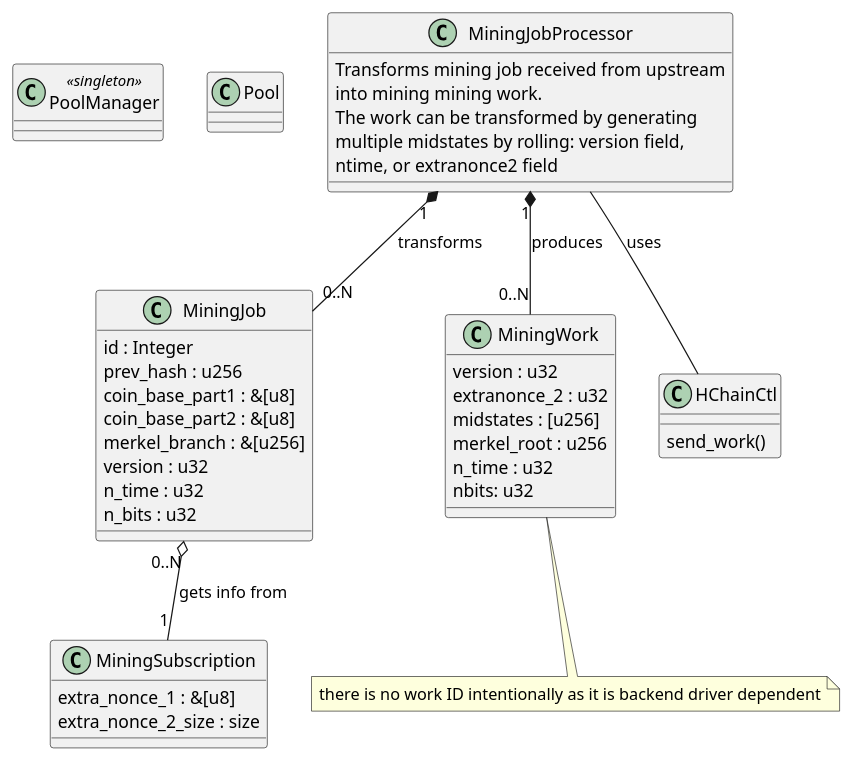
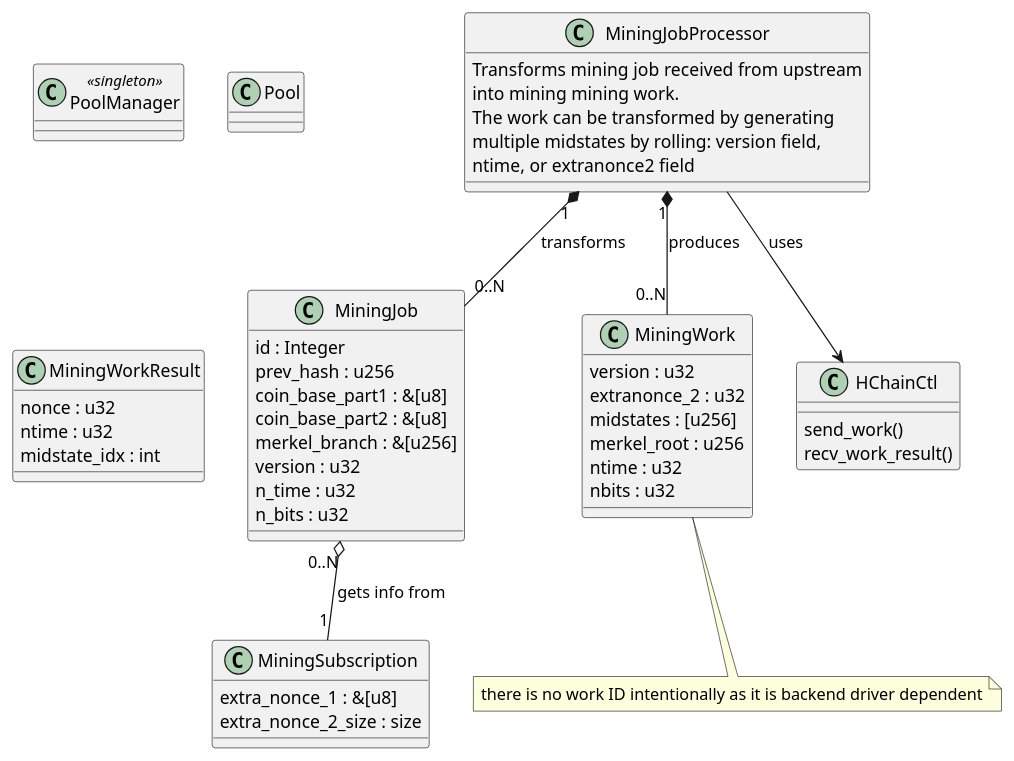
One commit to xertSuns1/braiins changed the diagram in open/bosminer/classes.puml. Above: the diagram before and after it, drawn with PlantUML.

Commit message:
rurminer: doc: update class diagram with MiningWorkResult + formatting fixes

```diff
--- a/open/bosminer/classes.puml
+++ b/open/bosminer/classes.puml
@@ -1,63 +1,69 @@
 @startuml
 
 class PoolManager <<singleton>> {
 }
 
 class Pool {
 
 }
 
 class MiningSubscription {
   extra_nonce_1 : &[u8]
   extra_nonce_2_size : size
 }
 
 class MiningJob {
   id : Integer
   prev_hash : u256
   coin_base_part1 : &[u8]
   coin_base_part2 : &[u8]
   merkel_branch : &[u256]
   version : u32
   n_time : u32
   n_bits : u32
 
 }
 class MiningJobProcessor {
 Transforms mining job received from upstream
 into mining mining work.
 The work can be transformed by generating
 multiple midstates by rolling: version field,
 ntime, or extranonce2 field
 }
 class MiningWork {
   version : u32
   extranonce_2 : u32
   midstates : [u256]
   merkel_root : u256
-  n_time : u32
-  nbits: u32
+  ntime : u32
+  nbits : u32
 }
 
+class MiningWorkResult {
+  nonce : u32
+  ntime : u32
+  midstate_idx : int
+}
 note "there is no work ID intentionally as it is backend driver dependent" as MWN1
 
 MiningWork .. MWN1
 
 class HChainCtl {
   send_work()
+  recv_work_result()
 }
 
 class MiningJobProcessor {
 }
 
 MiningJob "0..N" o-- "1" MiningSubscription : gets info from
 
 'MiningSubscription "" o-- ""
 
 MiningJobProcessor "1" *-- "0..N" MiningJob : transforms
 MiningJobProcessor "1" *-- "0..N" MiningWork : produces
-MiningJobProcessor -- HChainCtl : uses
+MiningJobProcessor --> HChainCtl : uses
 
 
 
 @enduml
```
